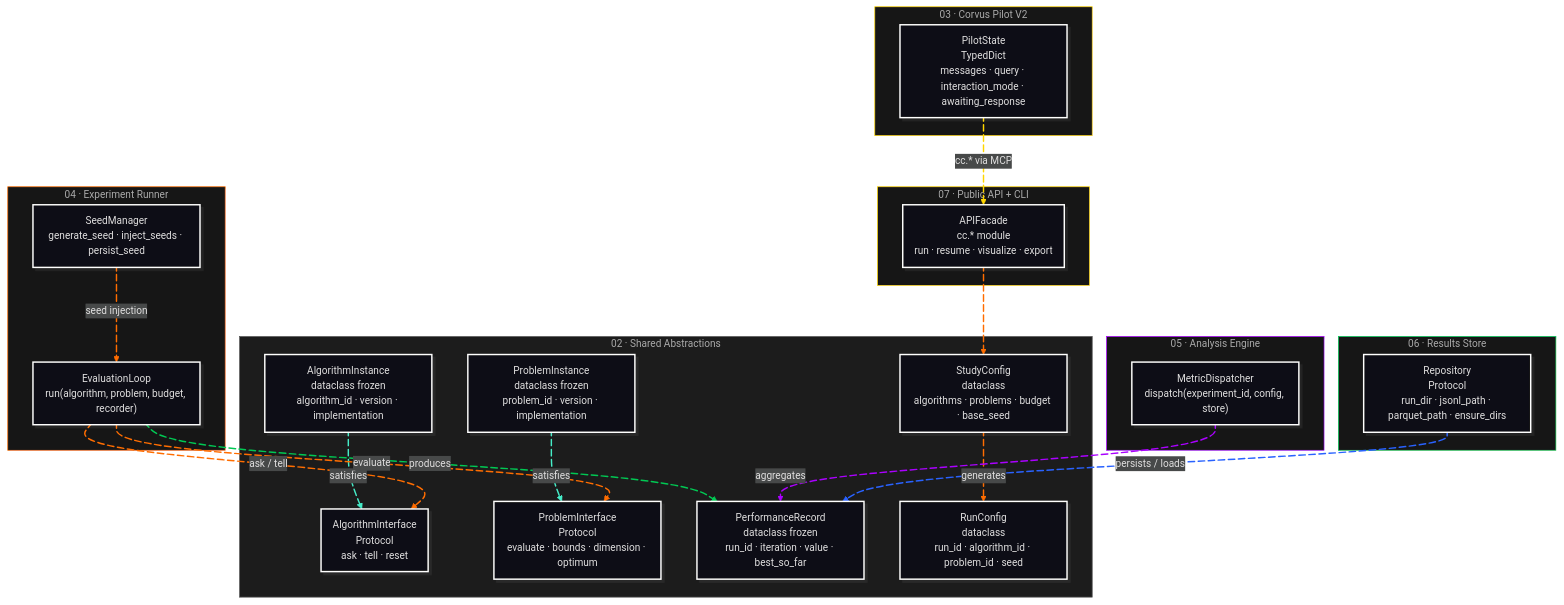
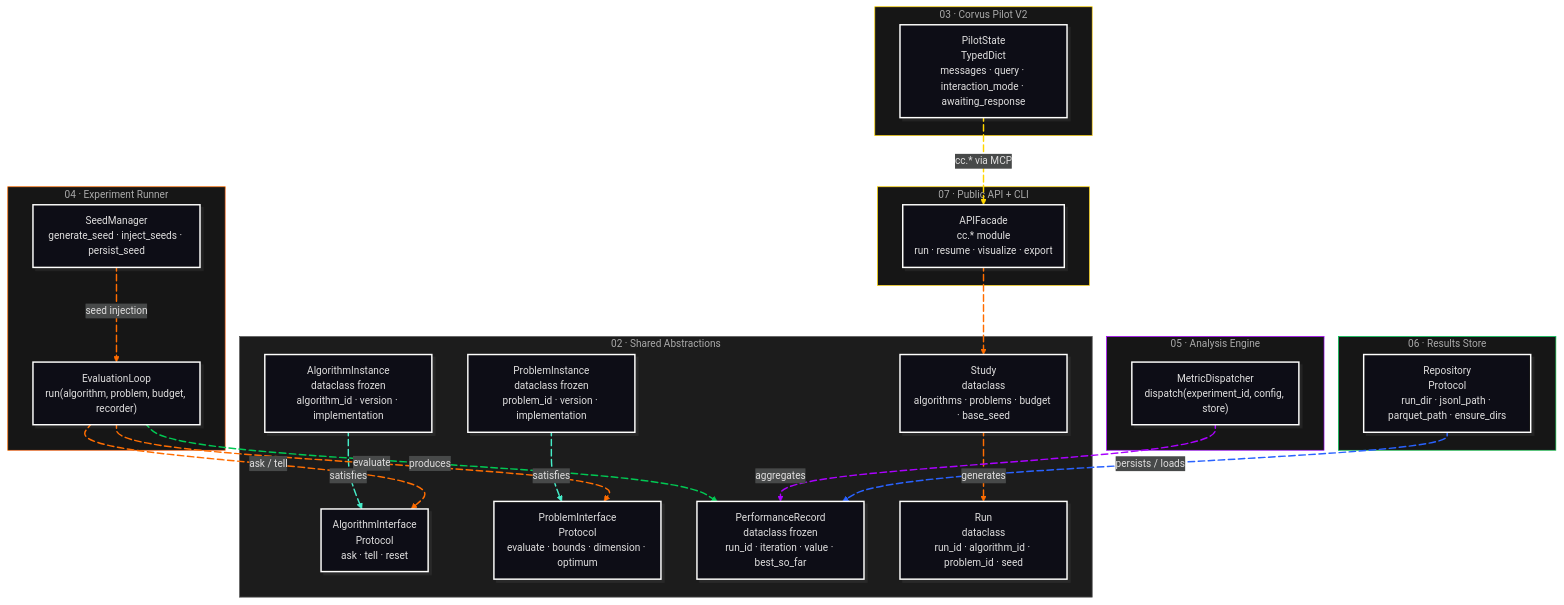
One commit to jedrzejpolaczek/aviarium.corvidae.corvus_corone changed the diagram in docs/02-design/02-architecture/05-c4-level4-code/01-index.md. Above: the diagram before and after it, drawn with Mermaid. The commit also changed other lines of this file and 67 other files, not shown here.

````diff
--- a/docs/02-design/02-architecture/05-c4-level4-code/01-index.md
+++ b/docs/02-design/02-architecture/05-c4-level4-code/01-index.md
@@ -19,79 +19,79 @@
 ```mermaid
 ---
 config:
   look: neo
   theme: redux-dark
   themeVariables:
     background: transparent
 ---
 flowchart TD
   subgraph SHARED["02 · Shared Abstractions"]
     ai["AlgorithmInterface\nProtocol\nask · tell · reset"]
     aii["AlgorithmInstance\ndataclass frozen\nalgorithm_id · version · implementation"]
     pi["ProblemInterface\nProtocol\nevaluate · bounds · dimension · optimum"]
     pii["ProblemInstance\ndataclass frozen\nproblem_id · version · implementation"]
     pr["PerformanceRecord\ndataclass frozen\nrun_id · iteration · value · best_so_far"]
-    sc["StudyConfig\ndataclass\nalgorithms · problems · budget · base_seed"]
-    rc["RunConfig\ndataclass\nrun_id · algorithm_id · problem_id · seed"]
+    sc["Study\ndataclass\nalgorithms · problems · budget · base_seed"]
+    rc["Run\ndataclass\nrun_id · algorithm_id · problem_id · seed"]
   end
 
   subgraph PILOT["03 · Corvus Pilot V2"]
     ps["PilotState\nTypedDict\nmessages · query · interaction_mode · awaiting_response"]
   end
 
   subgraph ER["04 · Experiment Runner"]
     sm["SeedManager\ngenerate_seed · inject_seeds · persist_seed"]
     el["EvaluationLoop\nrun(algorithm, problem, budget, recorder)"]
   end
 
   subgraph AE["05 · Analysis Engine"]
     md["MetricDispatcher\ndispatch(experiment_id, config, store)"]
   end
 
   subgraph RS["06 · Results Store"]
     repo["Repository\nProtocol\nrun_dir · jsonl_path · parquet_path · ensure_dirs"]
   end
 
   subgraph API["07 · Public API + CLI"]
     af["APIFacade\ncc.* module\nrun · resume · visualize · export"]
   end
 
   ps    L_ps_af@-- cc.* via MCP --> af
   af    L_af_sc@--> sc
   sc    L_sc_rc@-- generates --> rc
   aii   L_aii_ai@-- satisfies --> ai
   pii   L_pii_pi@-- satisfies --> pi
   sm    L_sm_el@-- seed injection --> el
   el    L_el_ai@-- ask / tell --> ai
   el    L_el_pi@-- evaluate --> pi
   el    L_el_pr@-- produces --> pr
   md    L_md_pr@-- aggregates --> pr
   repo  L_repo_pr@-- persists / loads --> pr
 
   style SHARED fill:#1e1e1e,stroke:#555555,color:#aaaaaa
   style PILOT  fill:#161616,stroke:#FFD600,color:#aaaaaa
   style ER     fill:#161616,stroke:#FF6D00,color:#aaaaaa
   style AE     fill:#161616,stroke:#AA00FF,color:#aaaaaa
   style RS     fill:#161616,stroke:#00C853,color:#aaaaaa
   style API    fill:#161616,stroke:#FFD600,color:#aaaaaa
 
   linkStyle 0     stroke:#FFD600,fill:none
   linkStyle 1,2   stroke:#FF6D00,fill:none
   linkStyle 3,4   stroke:#46EDC8,fill:none
   linkStyle 5,6,7 stroke:#FF6D00,fill:none
   linkStyle 8     stroke:#00C853,fill:none
   linkStyle 9     stroke:#AA00FF,fill:none
   linkStyle 10    stroke:#2962FF,fill:none
 
   L_ps_af@{   animation: slow }
   L_af_sc@{   animation: fast }
   L_sc_rc@{   animation: fast }
   L_aii_ai@{  animation: fast }
   L_pii_pi@{  animation: fast }
   L_sm_el@{   animation: fast }
   L_el_ai@{   animation: fast }
   L_el_pi@{   animation: fast }
   L_el_pr@{   animation: fast }
   L_md_pr@{   animation: fast }
   L_repo_pr@{ animation: fast }
 ```
````
